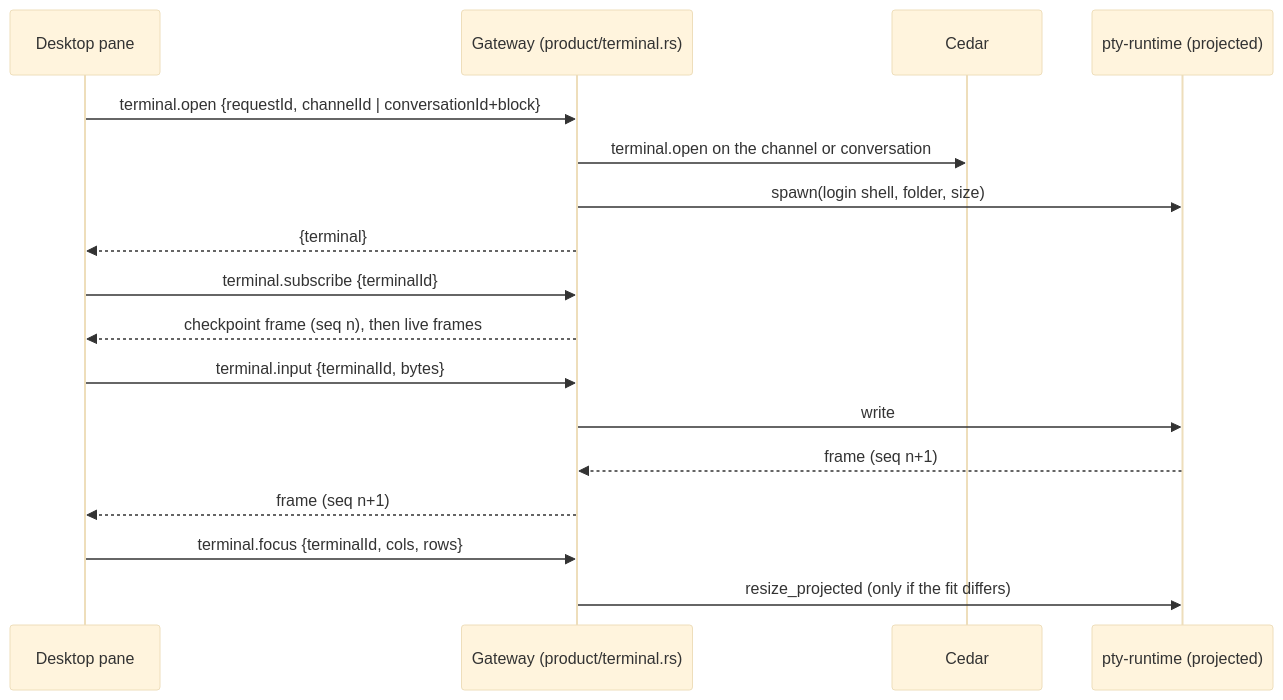
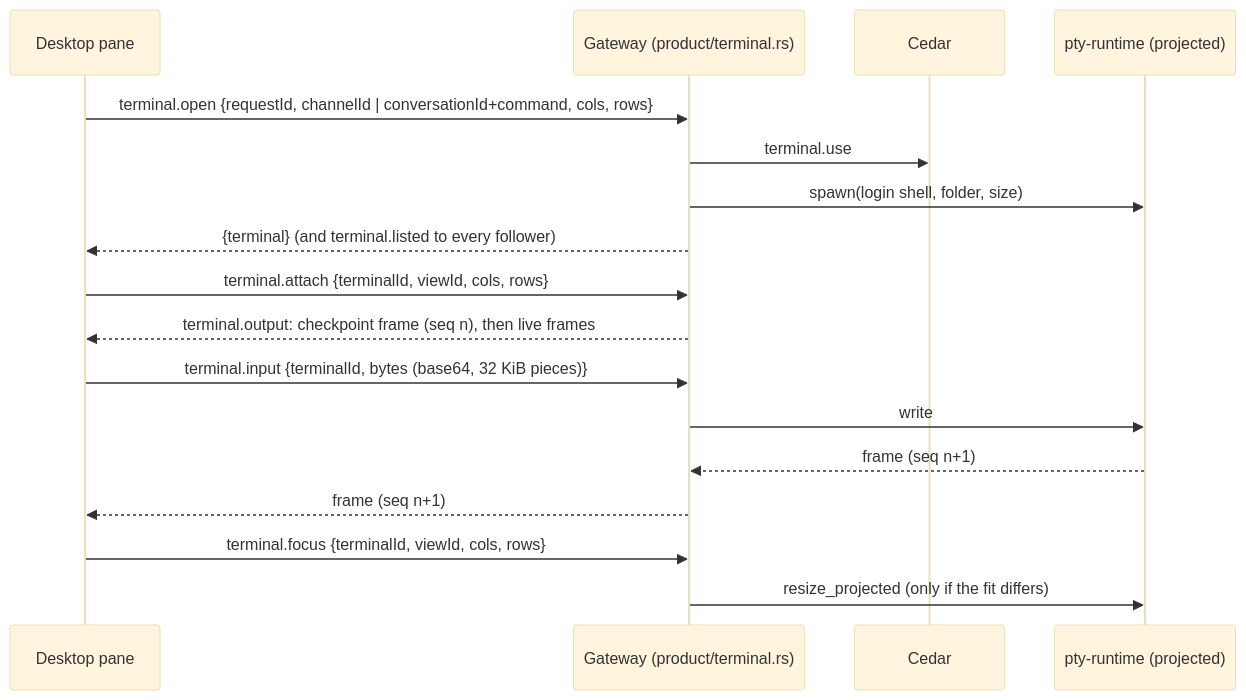
The diagram in docs/design/terminals.md (nessalabs/nessa-agent), drawn with Mermaid (base theme) before and after one commit. The commit also changed other lines of this file and 91 other files, not shown here.

````diff
--- a/docs/design/terminals.md
+++ b/docs/design/terminals.md
@@ -73,19 +73,19 @@
 ```mermaid
 sequenceDiagram
     participant Pane as Desktop pane
     participant Gateway as Gateway (product/terminal.rs)
     participant Cedar
     participant Runtime as pty-runtime (projected)
-    Pane->>Gateway: terminal.open {requestId, channelId | conversationId+block}
-    Gateway->>Cedar: terminal.open on the channel or conversation
+    Pane->>Gateway: terminal.open {requestId, channelId | conversationId+command, cols, rows}
+    Gateway->>Cedar: terminal.use
     Gateway->>Runtime: spawn(login shell, folder, size)
-    Gateway-->>Pane: {terminal}
-    Pane->>Gateway: terminal.subscribe {terminalId}
-    Gateway-->>Pane: checkpoint frame (seq n), then live frames
-    Pane->>Gateway: terminal.input {terminalId, bytes}
+    Gateway-->>Pane: {terminal} (and terminal.listed to every follower)
+    Pane->>Gateway: terminal.attach {terminalId, viewId, cols, rows}
+    Gateway-->>Pane: terminal.output: checkpoint frame (seq n), then live frames
+    Pane->>Gateway: terminal.input {terminalId, bytes (base64, 32 KiB pieces)}
     Gateway->>Runtime: write
     Runtime-->>Gateway: frame (seq n+1)
     Gateway-->>Pane: frame (seq n+1)
-    Pane->>Gateway: terminal.focus {terminalId, cols, rows}
+    Pane->>Gateway: terminal.focus {terminalId, viewId, cols, rows}
     Gateway->>Runtime: resize_projected (only if the fit differs)
 ```
````
